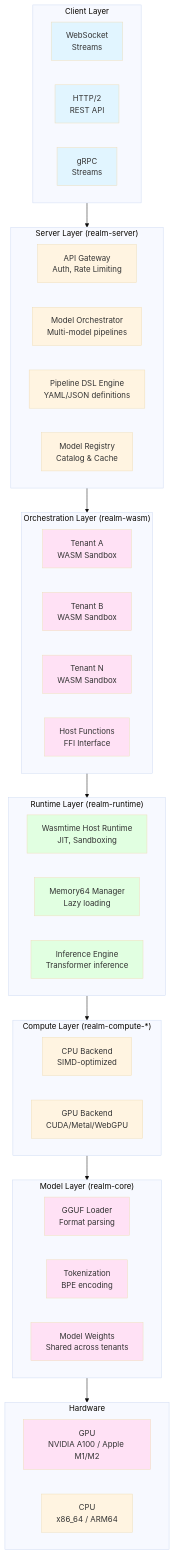
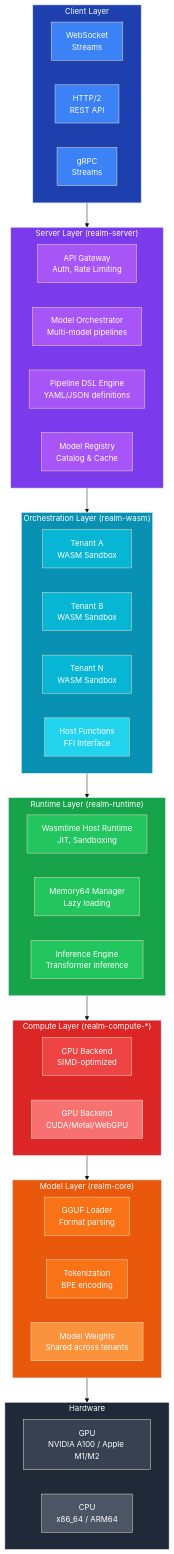
One commit to Querent-ai/realm changed the fourth of 6 diagrams in README.md. Above: the diagram before and after it, drawn with Mermaid (base theme). The commit also changed other lines of this file, not shown here.

````diff
--- a/README.md
+++ b/README.md
@@ -249,72 +260,79 @@
 ```mermaid
 graph TB
     subgraph Client["Client Layer"]
         WS["WebSocket<br/>Streams"]
         HTTP["HTTP/2<br/>REST API"]
         GRPC["gRPC<br/>Streams"]
-        style WS fill:#e1f5ff
-        style HTTP fill:#e1f5ff
-        style GRPC fill:#e1f5ff
+        style Client fill:#1e40af,color:#fff
+        style WS fill:#3b82f6,color:#fff
+        style HTTP fill:#3b82f6,color:#fff
+        style GRPC fill:#3b82f6,color:#fff
     end
     
     subgraph Server["Server Layer (realm-server)"]
         GATE["API Gateway<br/>Auth, Rate Limiting"]
         ORCH["Model Orchestrator<br/>Multi-model pipelines"]
         PIPELINE["Pipeline DSL Engine<br/>YAML/JSON definitions"]
         REGISTRY["Model Registry<br/>Catalog & Cache"]
-        style GATE fill:#fff4e1
-        style ORCH fill:#fff4e1
-        style PIPELINE fill:#fff4e1
-        style REGISTRY fill:#fff4e1
+        style Server fill:#7c3aed,color:#fff
+        style GATE fill:#a855f7,color:#fff
+        style ORCH fill:#a855f7,color:#fff
+        style PIPELINE fill:#a855f7,color:#fff
+        style REGISTRY fill:#a855f7,color:#fff
     end
     
     subgraph WASM["Orchestration Layer (realm-wasm)"]
         TA1["Tenant A<br/>WASM Sandbox"]
         TB1["Tenant B<br/>WASM Sandbox"]
         TN1["Tenant N<br/>WASM Sandbox"]
         HF1["Host Functions<br/>FFI Interface"]
-        style TA1 fill:#ffe1f5
-        style TB1 fill:#ffe1f5
-        style TN1 fill:#ffe1f5
-        style HF1 fill:#ffe1f5
+        style WASM fill:#0891b2,color:#fff
+        style TA1 fill:#06b6d4,color:#fff
+        style TB1 fill:#06b6d4,color:#fff
+        style TN1 fill:#06b6d4,color:#fff
+        style HF1 fill:#22d3ee,color:#fff
     end
     
     subgraph Runtime["Runtime Layer (realm-runtime)"]
         WASMTIME["Wasmtime Host Runtime<br/>JIT, Sandboxing"]
         MEM64["Memory64 Manager<br/>Lazy loading"]
         INFER["Inference Engine<br/>Transformer inference"]
-        style WASMTIME fill:#e1ffe1
-        style MEM64 fill:#e1ffe1
-        style INFER fill:#e1ffe1
+        style Runtime fill:#16a34a,color:#fff
+        style WASMTIME fill:#22c55e,color:#fff
+        style MEM64 fill:#22c55e,color:#fff
+        style INFER fill:#22c55e,color:#fff
     end
     
     subgraph Compute["Compute Layer (realm-compute-*)"]
         CPU["CPU Backend<br/>SIMD-optimized"]
         GPU["GPU Backend<br/>CUDA/Metal/WebGPU"]
-        style CPU fill:#fff4e1
-        style GPU fill:#fff4e1
+        style Compute fill:#dc2626,color:#fff
+        style CPU fill:#ef4444,color:#fff
+        style GPU fill:#f87171,color:#fff
     end
     
     subgraph Model["Model Layer (realm-core)"]
         GGUF["GGUF Loader<br/>Format parsing"]
         TOKEN["Tokenization<br/>BPE encoding"]
         WEIGHTS["Model Weights<br/>Shared across tenants"]
-        style GGUF fill:#ffe1f5
-        style TOKEN fill:#ffe1f5
-        style WEIGHTS fill:#ffe1f5
+        style Model fill:#ea580c,color:#fff
+        style GGUF fill:#f97316,color:#fff
+        style TOKEN fill:#f97316,color:#fff
+        style WEIGHTS fill:#fb923c,color:#fff
     end
     
     subgraph HW["Hardware"]
         GPU_HW["GPU<br/>NVIDIA A100 / Apple M1/M2"]
         CPU_HW["CPU<br/>x86_64 / ARM64"]
-        style GPU_HW fill:#ffe1f5
-        style CPU_HW fill:#fff4e1
+        style HW fill:#1f2937,color:#fff
+        style GPU_HW fill:#374151,color:#fff
+        style CPU_HW fill:#4b5563,color:#fff
     end
     
     Client --> Server
     Server --> WASM
     WASM --> Runtime
     Runtime --> Compute
     Compute --> Model
     Model --> HW
 ```
````
